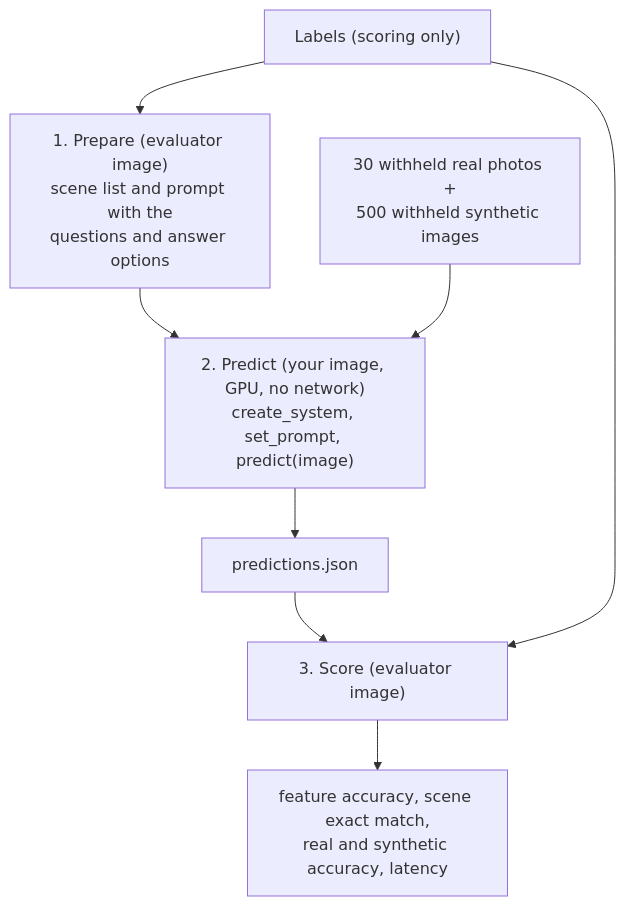
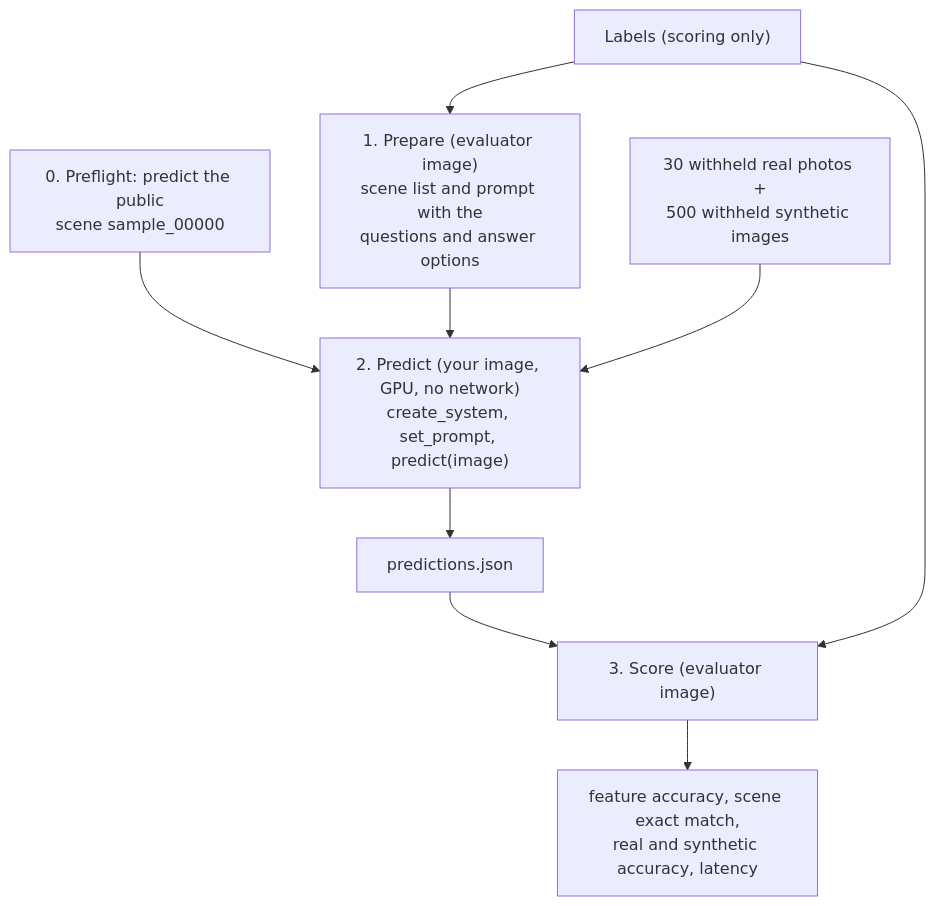
The third of 3 diagrams in EVALUATION_GUIDE.md (isu-challenge/Starterkit-ICSE-2027), drawn with Mermaid before and after one commit. The commit also changed other lines of this file and 2 other files, not shown here.

Commit message:
Document the checks before the evaluation and the preflight run

````diff
--- a/EVALUATION_GUIDE.md
+++ b/EVALUATION_GUIDE.md
@@ -144,10 +147,11 @@
 ```mermaid
 flowchart TB
+  F["0. Preflight: predict the public<br/>scene sample_00000"] --> Q
   L["Labels (scoring only)"] --> P["1. Prepare (evaluator image)<br/>scene list and prompt with the<br/>questions and answer options"]
   P --> Q["2. Predict (your image, GPU, no network)<br/>create_system, set_prompt, predict(image)"]
   I["30 withheld real photos +<br/>500 withheld synthetic images"] --> Q
   Q --> J["predictions.json"]
   J --> C["3. Score (evaluator image)"]
   L --> C
   C --> O["feature accuracy, scene exact match,<br/>real and synthetic accuracy, latency"]
 ```
````
